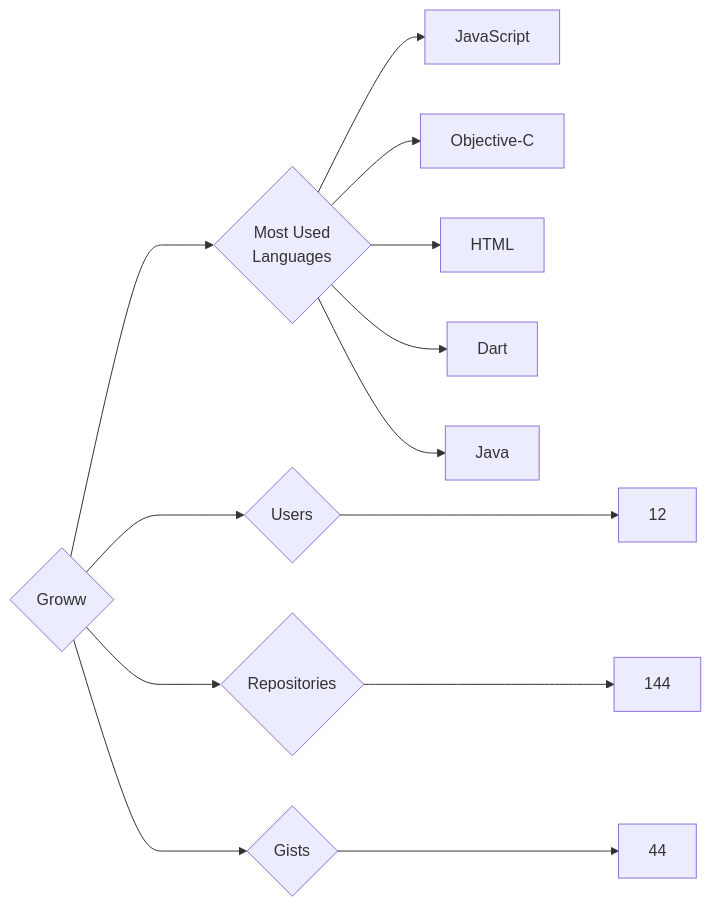
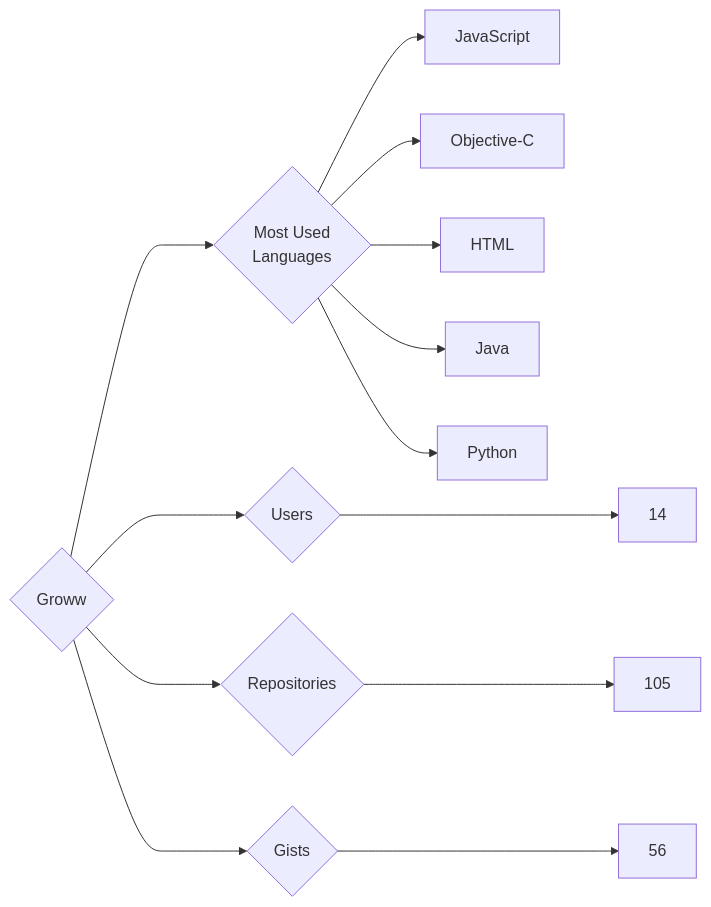
The diagram in targets/Groww/README.md (trickest/insiders), drawn with Mermaid before and after one commit. The commit also changed 1141 other files, not shown here.

````diff
--- a/targets/Groww/README.md
+++ b/targets/Groww/README.md
@@ -3,13 +3,13 @@
 ```mermaid
 graph LR
 COMPANY_NAME{Groww}
-COMPANY_NAME ---> U{Users} ---> UN[12]
-COMPANY_NAME ---> R{Repositories} ---> RN[144]
-COMPANY_NAME ---> G{Gists} ---> GN[44]
+COMPANY_NAME ---> U{Users} ---> UN[14]
+COMPANY_NAME ---> R{Repositories} ---> RN[105]
+COMPANY_NAME ---> G{Gists} ---> GN[56]
 COMPANY_NAME ---> ML{Most Used<br>Languages}
 ML --> JavaScript[JavaScript]
 ML --> Objective-C[Objective-C]
 ML --> HTML[HTML]
-ML --> Dart[Dart]
 ML --> Java[Java]
+ML --> Python[Python]
 ```
````
